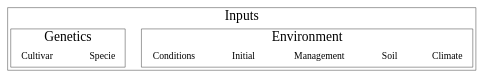
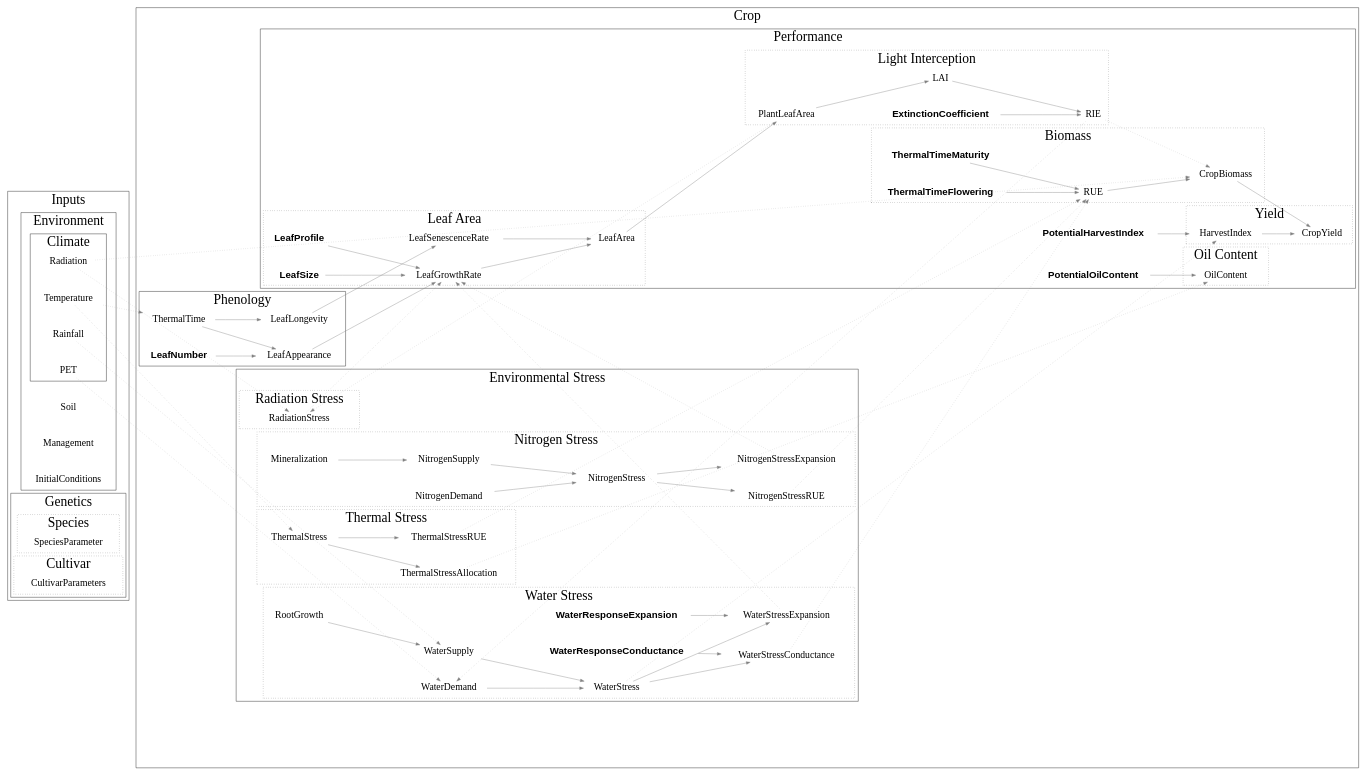
Before and after one commit to picasa/rsunflo: the diagram in inst/doc/files/model.dot, drawn with Graphviz. The commit also changed 1 other file, not shown here.

Commit message:
updated dependancy graph

```diff
--- a/inst/doc/files/model.dot
+++ b/inst/doc/files/model.dot
@@ -4,19 +4,32 @@
 digraph G {
     compound = true
     ranksep = "0.8"
-	rankdir = TB
+	rankdir = LR
 	nodesep = "0.8"
     //concentrate = true
+    splines = line
     //splines = compound
 	ratio = "auto"
 	//colorscheme=accent3
 
 
-  /* Nodes */
+	/* Nodes */
 	node [shape=plaintext, fontsize=25]
 	bgcolor=white
 	edge [arrowsize=1, color=gray]
-		
+	
+	/* Genotypic Parameters */
+	ThermalTimeFlowering [fontname="Helvetica-Bold"]
+	ThermalTimeMaturity [fontname="Helvetica-Bold"]
+	LeafNumber [fontname="Helvetica-Bold"]
+	LeafSize [fontname="Helvetica-Bold"]
+	LeafProfile [fontname="Helvetica-Bold"]
+	ExtinctionCoefficient [fontname="Helvetica-Bold"]
+	PotentialHarvestIndex [fontname="Helvetica-Bold"]
+	PotentialOilContent [fontname="Helvetica-Bold"]
+	WaterResponseExpansion [fontname="Helvetica-Bold"]
+	WaterResponseConductance [fontname="Helvetica-Bold"]
+	
 	
 	subgraph clusterInputs {
 		label="Inputs"
@@ -25,81 +38,208 @@
 	    subgraph clusterInputEnvironment {
 			label="Environment"
 			fontsize=35
-			Climate
+			
 			Soil
 			Management
-			Initial Conditions
+			InitialConditions
+			
+		    subgraph clusterInputEnvironmentClimate {
+				label="Climate"
+				fontsize=35
+				
+				Temperature
+				Radiation
+				PET
+				Rainfall
+			}
 		}
 		
 	    subgraph clusterInputGenetics {
 			label="Genetics"
 			fontsize=35
-			Specie
-			Cultivar 
+
+		    subgraph clusterInputGeneticsSpecies {
+				label="Species"
+				fontsize=35
+				style=dotted
+				
+				SpeciesParameter
+			}
+		    
+		    subgraph clusterInputGeneticsCultivar {
+				label="Cultivar"
+				fontsize=35
+				style=dotted
+				
+				CultivarParameters
+			}
 		}
     }
+    
 		    
 	subgraph clusterCrop {
 		label="Crop"
 		fontsize=35
 		
-	    subgraph clusterCropPotential {
-			label="Potential Yield"
+		subgraph clusterCropPhenology {
+			label="Phenology"
 			fontsize=35
 			
-		    subgraph clusterCropPhenology {
-				label="Phenology"
-				fontsize=35
-			}
-		    
+			// Inputs
+			LeafNumber -> LeafAppearance
+			Temperature -> ThermalTime [style=dotted]
+			
+			// Module
+			ThermalTime -> {LeafAppearance LeafLongevity}
+			LeafAppearance
+			LeafLongevity
+			
+		}
+
+	    subgraph clusterCropPotential {
+			label="Performance"
+			fontsize=35
+									 
 		    subgraph clusterCropLeafArea {
 				label="Leaf Area"
 				fontsize=35
+				style=dotted
+				
+				// Inputs
+				{LeafProfile LeafSize} -> LeafGrowthRate
+				LeafAppearance -> LeafGrowthRate
+				LeafLongevity -> LeafSenescenceRate
+
+				// Module				
+				LeafGrowthRate -> LeafArea
+				LeafSenescenceRate -> LeafArea
 			}
 	
 		    subgraph clusterCropInterception {
 				label="Light Interception"
 				fontsize=35
+				style=dotted
+				
+				// Inputs
+				ExtinctionCoefficient -> RIE
+				LeafArea -> PlantLeafArea
+				
+				// Module
+				PlantLeafArea -> LAI
+				LAI -> RIE
 		    }
 		    
 		    subgraph clusterCropBiomass {
-				label="Light Interception"
+				label="Biomass"
 				fontsize=35
+				style=dotted
+				
+				// Inputs
+				{ThermalTimeFlowering ThermalTimeMaturity} -> RUE
+				{Radiation RIE} -> CropBiomass [style=dotted]
+				
+				// Module
+				RUE -> CropBiomass
+				CropBiomass
 		    }
 		    
-		    subgraph clusterCropAllocation {
-				label="Light Interception"
+		    subgraph clusterCropPotentialYield {
+				label="Yield"
 				fontsize=35
+				style=dotted
+				
+				// Inputs
+				PotentialHarvestIndex -> HarvestIndex
+				CropBiomass -> CropYield
+				
+				// Module
+				HarvestIndex -> CropYield
 			}
 			
-		    subgraph clusterCropInterception {
-				label="Light Interception"
+		    subgraph clusterCropPotentialQuality {
+				label="Oil Content"
 				fontsize=35
-		    }
+				style=dotted
+				
+				// Inputs
+				PotentialOilContent -> OilContent
+				
+				// Module
+				OilContent
+			}
+		   	{rank=same; PotentialHarvestIndex; PotentialOilContent}
+ 			
 		}
 		    
 	    subgraph clusterCropStress {
-			label="Phenology"
+			label="Environmental Stress"
 			fontsize=35
 			
 		    subgraph clusterCropStressWater {
 				label="Water Stress"
 				fontsize=35
+				style=dotted
+
+				// Inputs
+				WaterResponseConductance -> WaterStressConductance
+				WaterResponseExpansion -> WaterStressExpansion
+				{RIE PET} -> WaterDemand [style=dotted]		
+				{Rainfall} -> WaterSupply [style=dotted]
+				
+				// Module
+				RootGrowth -> WaterSupply
+				{WaterSupply WaterDemand} -> WaterStress
+				WaterStress -> {WaterStressConductance WaterStressExpansion}
+				
+				// Outputs
+				WaterStressExpansion -> LeafGrowthRate [style=dotted]
+				WaterStressConductance -> RUE [style=dotted]
+				WaterStress -> HarvestIndex [style=dotted]
 		    }
 		    
 		    subgraph clusterCropStressNitrogen {
 				label="Nitrogen Stress"
 				fontsize=35
+				style=dotted
+				
+				// Module
+				Mineralization -> NitrogenSupply
+				{NitrogenSupply NitrogenDemand} -> NitrogenStress
+				NitrogenStress -> {NitrogenStressRUE NitrogenStressExpansion}
+				
+				// Outputs
+				NitrogenStressExpansion -> LeafGrowthRate [style=dotted]
+				NitrogenStressRUE -> RUE [style=dotted]
+				
 		    }
 		    
 		    subgraph clusterCropStressTemperature {
 				label="Thermal Stress"
 				fontsize=35
+				style=dotted
+				
+				// Inputs
+				Temperature -> ThermalStress [style=dotted]
+				
+				// Module
+				ThermalStress -> {ThermalStressRUE ThermalStressAllocation}
+				
+				// Outputs
+				ThermalStressRUE -> RUE [style=dotted]
+				ThermalStressAllocation -> {OilContent} [style=dotted]
 			}
 			
 		    subgraph clusterCropStressRadiation {
 				label="Radiation Stress"
 				fontsize=35
+				style=dotted
+				
+				// Inputs
+				Radiation -> RadiationStress [style=dotted]
+				PlantLeafArea -> RadiationStress [style=dotted]
+				
+				// Module
+				RadiationStress -> LeafGrowthRate [style=dotted]
 		    }			
 		}
 	}	
```
